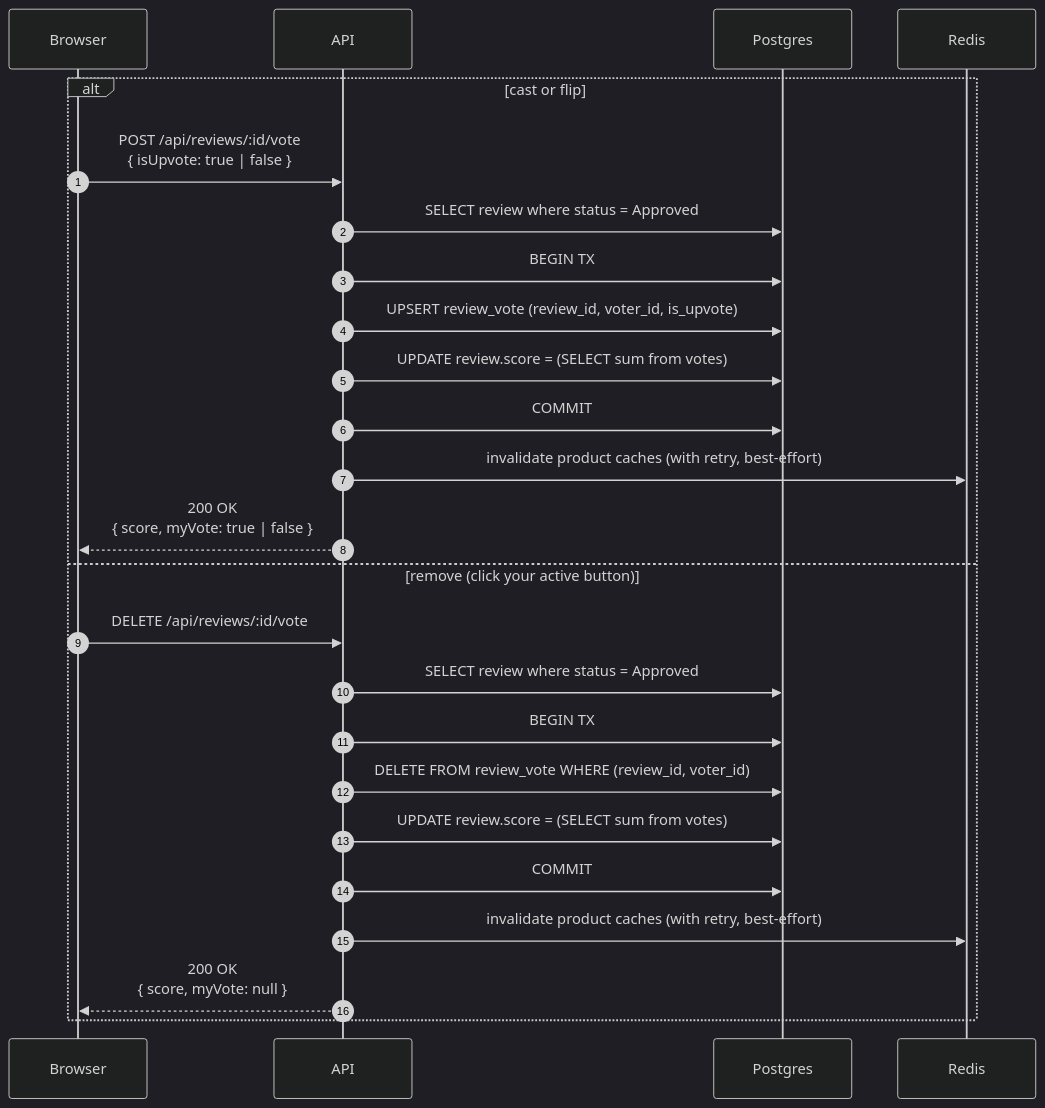
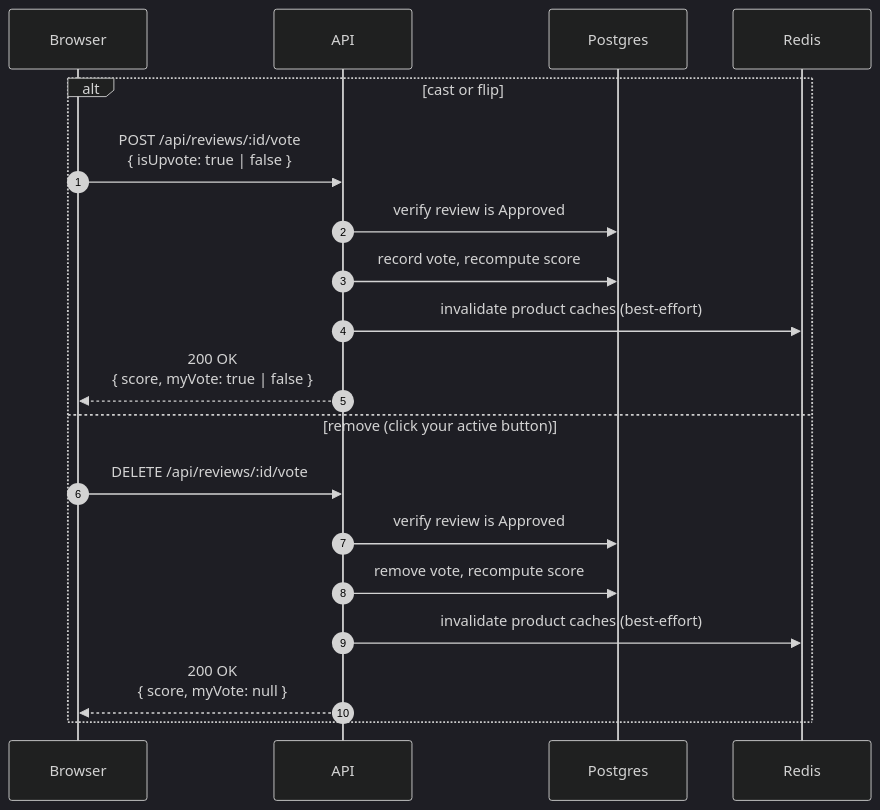
Diagram 11 of 12 in docs/flows.md (KaliCZ/reviews), drawn with Mermaid (dark theme) before and after one commit. The commit also changed other lines of this file, not shown here.

First line of the commit message:
Strip implementation detail from product-flow diagrams

````diff
--- a/docs/flows.md
+++ b/docs/flows.md
@@ -352,28 +349,22 @@
 ```mermaid
 sequenceDiagram
     autonumber
     participant B as Browser
     participant A as API
     participant P as Postgres
     participant R as Redis
 
     alt cast or flip
         B->>A: POST /api/reviews/:id/vote<br/>{ isUpvote: true | false }
-        A->>P: SELECT review where status = Approved
-        A->>P: BEGIN TX
-        A->>P: UPSERT review_vote (review_id, voter_id, is_upvote)
-        A->>P: UPDATE review.score = (SELECT sum from votes)
-        A->>P: COMMIT
-        A->>R: invalidate product caches (with retry, best-effort)
+        A->>P: verify review is Approved
+        A->>P: record vote, recompute score
+        A->>R: invalidate product caches (best-effort)
         A-->>B: 200 OK<br/>{ score, myVote: true | false }
     else remove (click your active button)
         B->>A: DELETE /api/reviews/:id/vote
-        A->>P: SELECT review where status = Approved
-        A->>P: BEGIN TX
-        A->>P: DELETE FROM review_vote WHERE (review_id, voter_id)
-        A->>P: UPDATE review.score = (SELECT sum from votes)
-        A->>P: COMMIT
-        A->>R: invalidate product caches (with retry, best-effort)
+        A->>P: verify review is Approved
+        A->>P: remove vote, recompute score
+        A->>R: invalidate product caches (best-effort)
         A-->>B: 200 OK<br/>{ score, myVote: null }
     end
 ```
````
